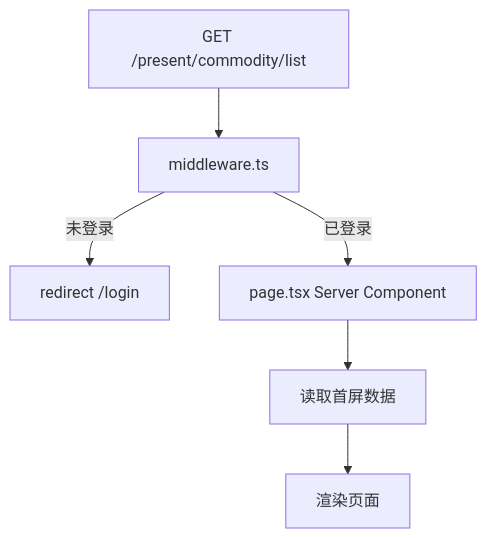
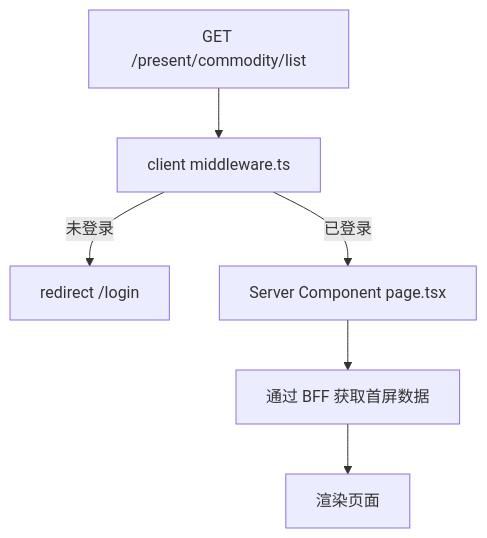
The second of 4 diagrams in SIMULATED_HOBBER_BOP_MVP.md (dadanliu/simulation-system), drawn with Mermaid before and after one commit. The commit also changed other lines of this file and 42 other files, not shown here.

Commit message:
refactor: migrate bff and server to nestjs

````diff
--- a/SIMULATED_HOBBER_BOP_MVP.md
+++ b/SIMULATED_HOBBER_BOP_MVP.md
@@ -215,8 +227,8 @@
 ```mermaid
 flowchart TD
-    A[GET /present/commodity/list] --> B[middleware.ts]
+    A[GET /present/commodity/list] --> B[client middleware.ts]
     B -->|未登录| C[redirect /login]
-    B -->|已登录| D[page.tsx Server Component]
-    D --> E[读取首屏数据]
+    B -->|已登录| D[Server Component page.tsx]
+    D --> E[通过 BFF 获取首屏数据]
     E --> F[渲染页面]
 ```
````
